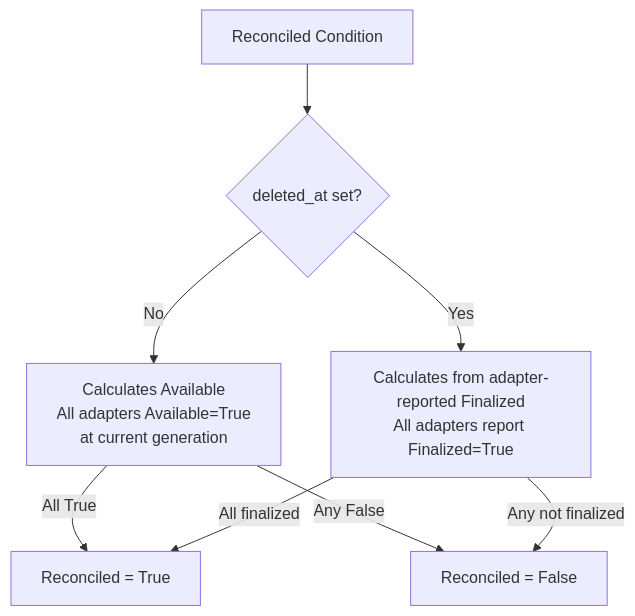
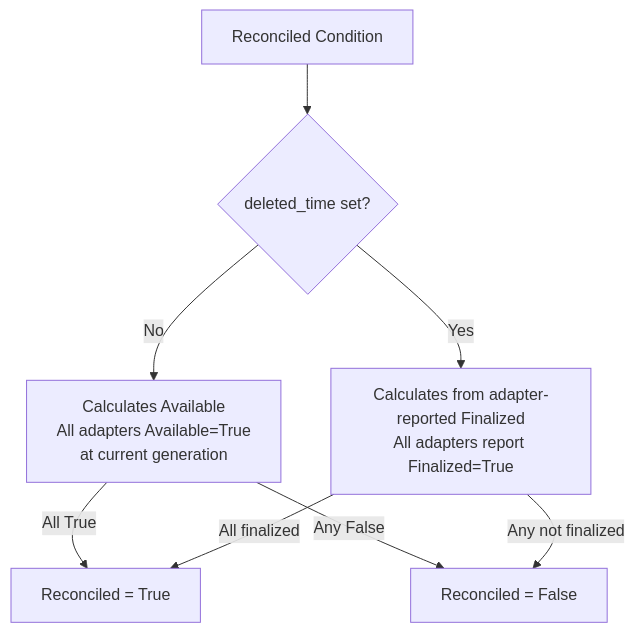
The third of 4 diagrams in hyperfleet/components/adapter/framework/adapter-deletion-flow-design.md (rafabene/hyperfleet-architecture), drawn with Mermaid before and after one commit. The commit also changed other lines of this file, not shown here.

````diff
--- a/hyperfleet/components/adapter/framework/adapter-deletion-flow-design.md
+++ b/hyperfleet/components/adapter/framework/adapter-deletion-flow-design.md
@@ -270,10 +270,10 @@
 ```mermaid
 flowchart TD
-    R[Reconciled Condition] --> D{deleted_at set?}
+    R[Reconciled Condition] --> D{deleted_time set?}
     D -->|No| A[Calculates Available<br/>All adapters Available=True<br/>at current generation]
     D -->|Yes| F[Calculates from adapter-reported Finalized<br/>All adapters report Finalized=True]
     A -->|All True| RT[Reconciled = True]
     A -->|Any False| RF[Reconciled = False]
     F -->|All finalized| RT
     F -->|Any not finalized| RF
 ```
````
